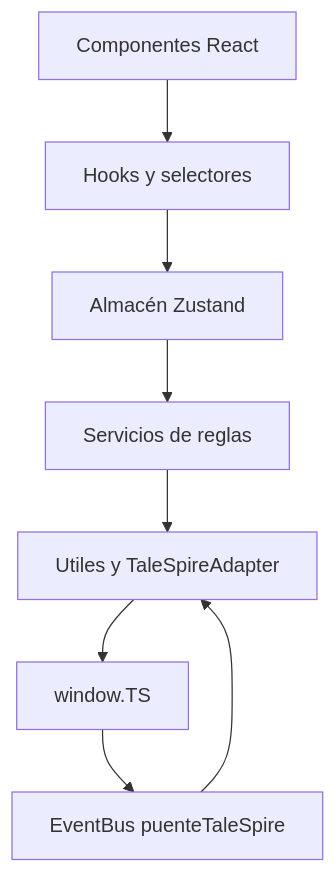
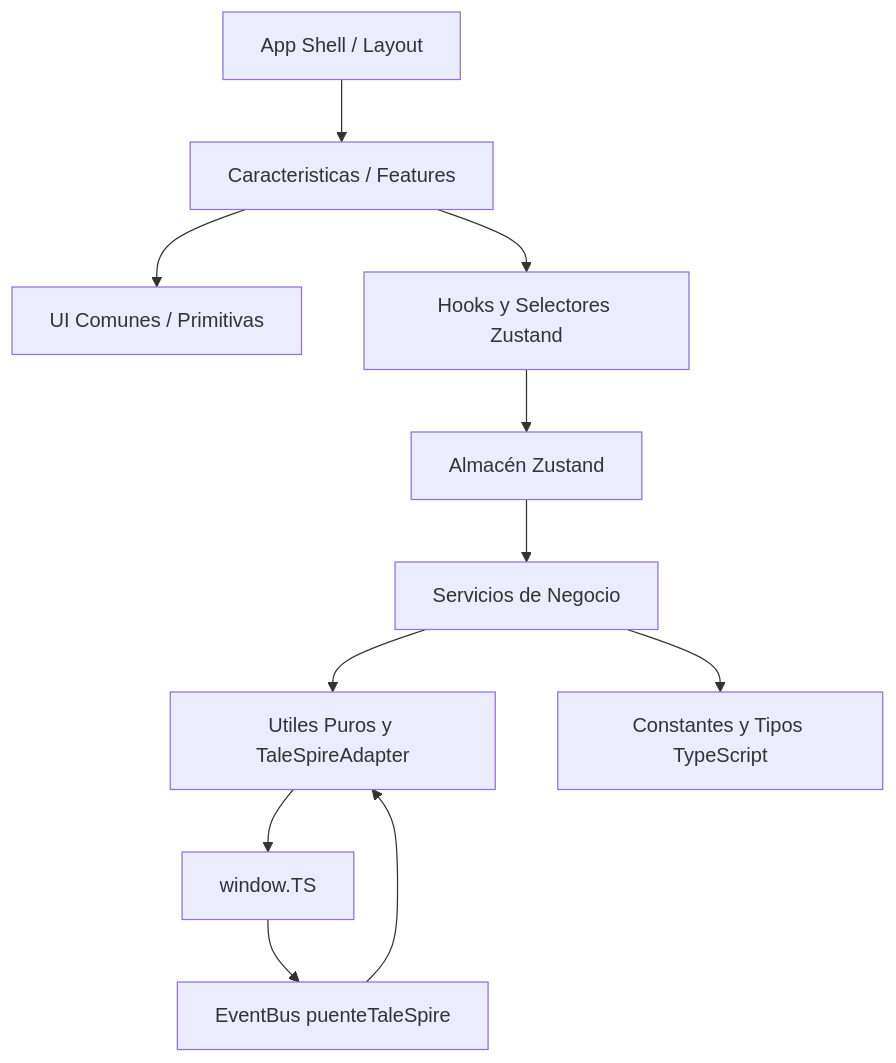
Before and after one commit to JigsawM1/Symbionte-DM-toolset-5.5e: the diagram in docs/wiki/Arquitectura.md, drawn with Mermaid. The commit also changed other lines of this file and 38 other files, not shown here.

````diff
--- a/docs/wiki/Arquitectura.md
+++ b/docs/wiki/Arquitectura.md
@@ -7,10 +7,13 @@
 ```mermaid
 flowchart TD
-    A[Componentes React] --> B[Hooks y selectores]
-    B --> C[Almacén Zustand]
-    C --> D[Servicios de reglas]
-    D --> E[Utiles y TaleSpireAdapter]
-    E --> F[window.TS]
-    F --> G[EventBus puenteTaleSpire]
-    G --> E
+    A[App Shell / Layout] --> B[Caracteristicas / Features]
+    B --> C[UI Comunes / Primitivas]
+    B --> D[Hooks y Selectores Zustand]
+    D --> E[Almacén Zustand]
+    E --> F[Servicios de Negocio]
+    F --> G[Utiles Puros y TaleSpireAdapter]
+    F --> H[Constantes y Tipos TypeScript]
+    G --> I[window.TS]
+    I --> J[EventBus puenteTaleSpire]
+    J --> G
 ```
````
